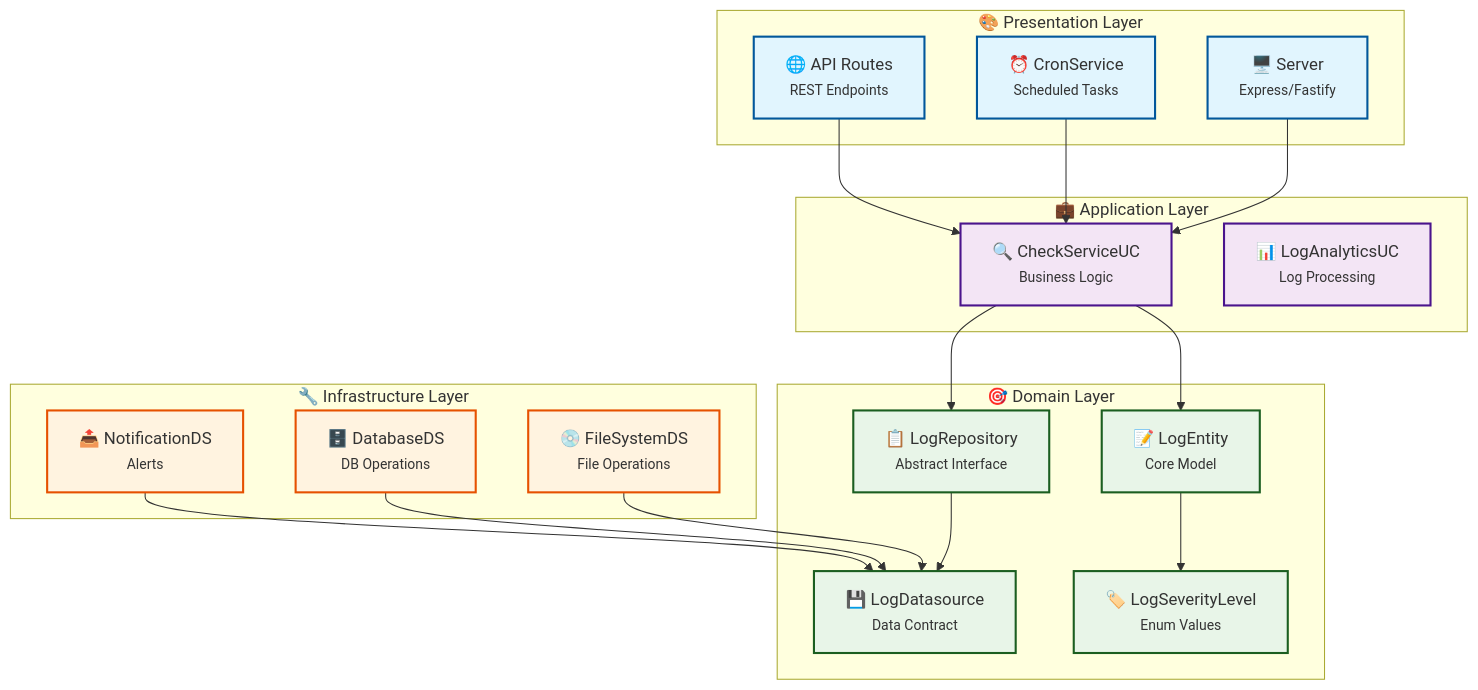
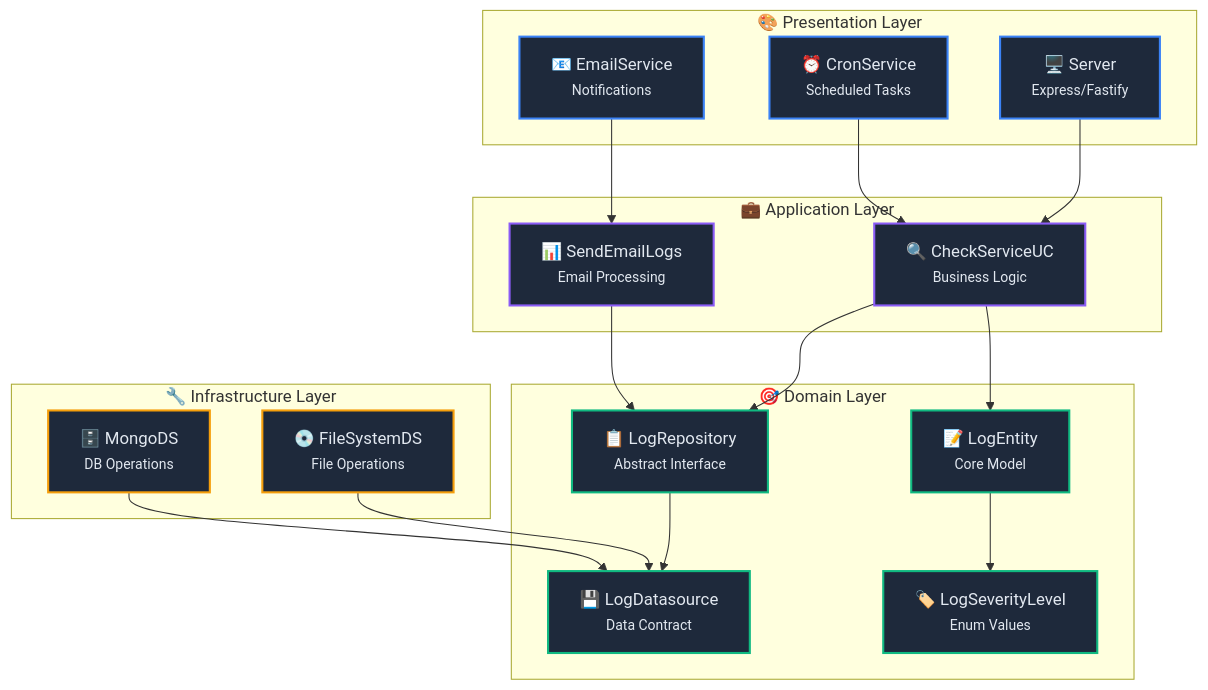
The diagram in README.md (Lostovayne/Network-operations-center), drawn with Mermaid before and after one commit. The commit also changed other lines of this file, not shown here.

````diff
--- a/README.md
+++ b/README.md
@@ -130,47 +61,46 @@
 ```mermaid
 graph TB
     subgraph "🎨 Presentation Layer"
         A["🖥️ Server<br/><small>Express/Fastify</small>"]
         B["⏰ CronService<br/><small>Scheduled Tasks</small>"]
-        C["🌐 API Routes<br/><small>REST Endpoints</small>"]
+        C["📧 EmailService<br/><small>Notifications</small>"]
     end
 
     subgraph "💼 Application Layer"
         D["🔍 CheckServiceUC<br/><small>Business Logic</small>"]
-        E["📊 LogAnalyticsUC<br/><small>Log Processing</small>"]
+        E["📊 SendEmailLogs<br/><small>Email Processing</small>"]
     end
 
     subgraph "🎯 Domain Layer"
         F["📝 LogEntity<br/><small>Core Model</small>"]
         G["📋 LogRepository<br/><small>Abstract Interface</small>"]
         H["💾 LogDatasource<br/><small>Data Contract</small>"]
         I["🏷️ LogSeverityLevel<br/><small>Enum Values</small>"]
     end
 
     subgraph "🔧 Infrastructure Layer"
         J["💿 FileSystemDS<br/><small>File Operations</small>"]
-        K["🗄️ DatabaseDS<br/><small>DB Operations</small>"]
-        L["📤 NotificationDS<br/><small>Alerts</small>"]
+        K["🗄️ MongoDS<br/><small>DB Operations</small>"]
     end
 
     A --> D
     B --> D
-    C --> D
+    C --> E
     D --> F
     D --> G
+    E --> G
     G --> H
     J --> H
     K --> H
-    L --> H
     F --> I
 
-    classDef presentation fill:#e1f5fe,stroke:#01579b,stroke-width:2px
-    classDef application fill:#f3e5f5,stroke:#4a148c,stroke-width:2px
-    classDef domain fill:#e8f5e8,stroke:#1b5e20,stroke-width:2px
-    classDef infrastructure fill:#fff3e0,stroke:#e65100,stroke-width:2px
+    classDef presentation fill:#1e293b,stroke:#3b82f6,stroke-width:2px,color:#e2e8f0
+    classDef application fill:#1e293b,stroke:#8b5cf6,stroke-width:2px,color:#e2e8f0
+    classDef domain fill:#1e293b,stroke:#10b981,stroke-width:2px,color:#e2e8f0
+    classDef infrastructure fill:#1e293b,stroke:#f59e0b,stroke-width:2px,color:#e2e8f0
 
     class A,B,C presentation
     class D,E application
     class F,G,H,I domain
-    class J,K,L infrastructure
+    class J,K infrastructure
 ```
````
